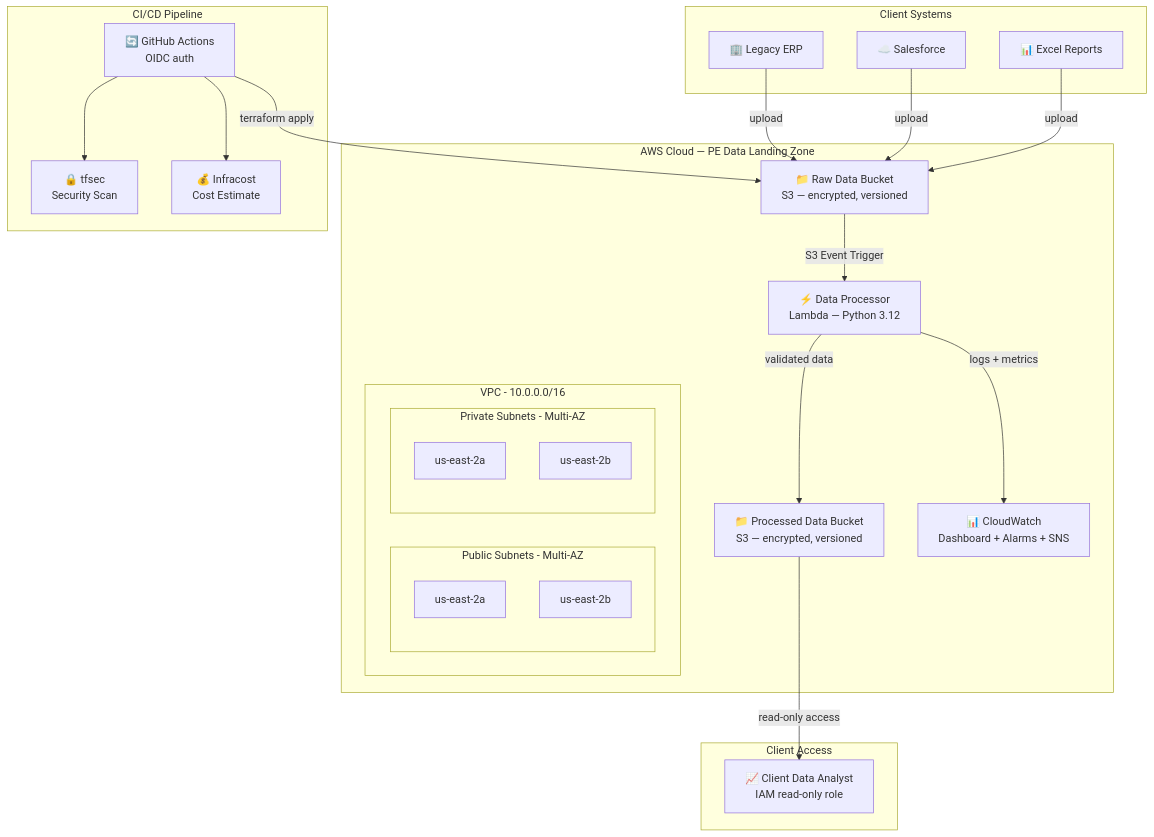
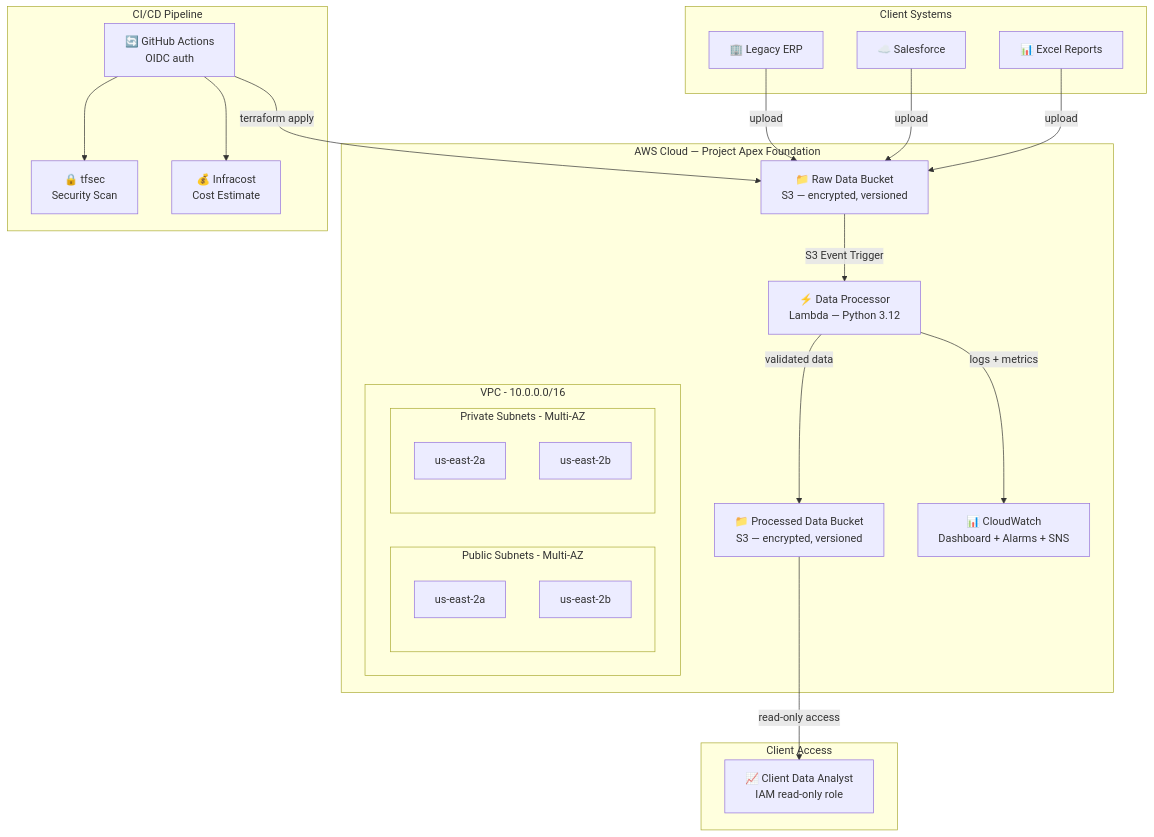
Before and after one commit to maxx1/Apex-Vault: the diagram in README.md, drawn with Mermaid. The commit also changed other lines of this file and 4 other files, not shown here.

Commit message:
feat: rebrand to Project Apex - Enterprise Cloud Data Foundation

````diff
--- a/README.md
+++ b/README.md
@@ -17,47 +17,47 @@
 ```mermaid
 flowchart TB
     subgraph "Client Systems"
         ERP["🏢 Legacy ERP"]
         SF["☁️ Salesforce"]
         XLS["📊 Excel Reports"]
     end
 
-    subgraph "AWS Cloud — PE Data Landing Zone"
+    subgraph "AWS Cloud — Project Apex Foundation"
         subgraph "VPC - 10.0.0.0/16"
             subgraph "Public Subnets - Multi-AZ"
                 PUB1["us-east-2a"]
                 PUB2["us-east-2b"]
             end
             subgraph "Private Subnets - Multi-AZ"
                 PRIV1["us-east-2a"]
                 PRIV2["us-east-2b"]
             end
         end
 
         RAW["📁 Raw Data Bucket\nS3 — encrypted, versioned"]
         LAMBDA["⚡ Data Processor\nLambda — Python 3.12"]
         PROC["📁 Processed Data Bucket\nS3 — encrypted, versioned"]
         CW["📊 CloudWatch\nDashboard + Alarms + SNS"]
     end
 
     subgraph "Client Access"
         ANALYST["📈 Client Data Analyst\nIAM read-only role"]
     end
 
     subgraph "CI/CD Pipeline"
         GH["🔄 GitHub Actions\nOIDC auth"]
         TFSEC["🔒 tfsec\nSecurity Scan"]
         COST["💰 Infracost\nCost Estimate"]
     end
 
     ERP --> |upload| RAW
     SF --> |upload| RAW
     XLS --> |upload| RAW
     RAW --> |S3 Event Trigger| LAMBDA
     LAMBDA --> |validated data| PROC
     LAMBDA --> |logs + metrics| CW
     PROC --> |read-only access| ANALYST
     GH --> |terraform apply| RAW
     GH --> TFSEC
     GH --> COST
 ```
````
